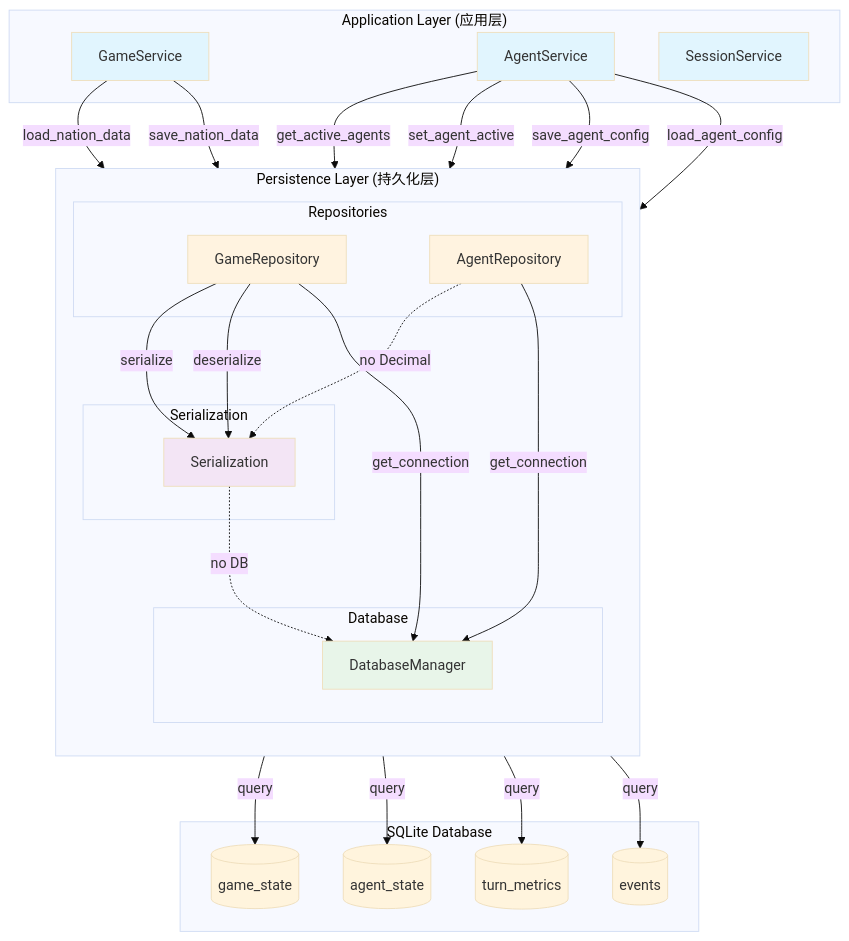
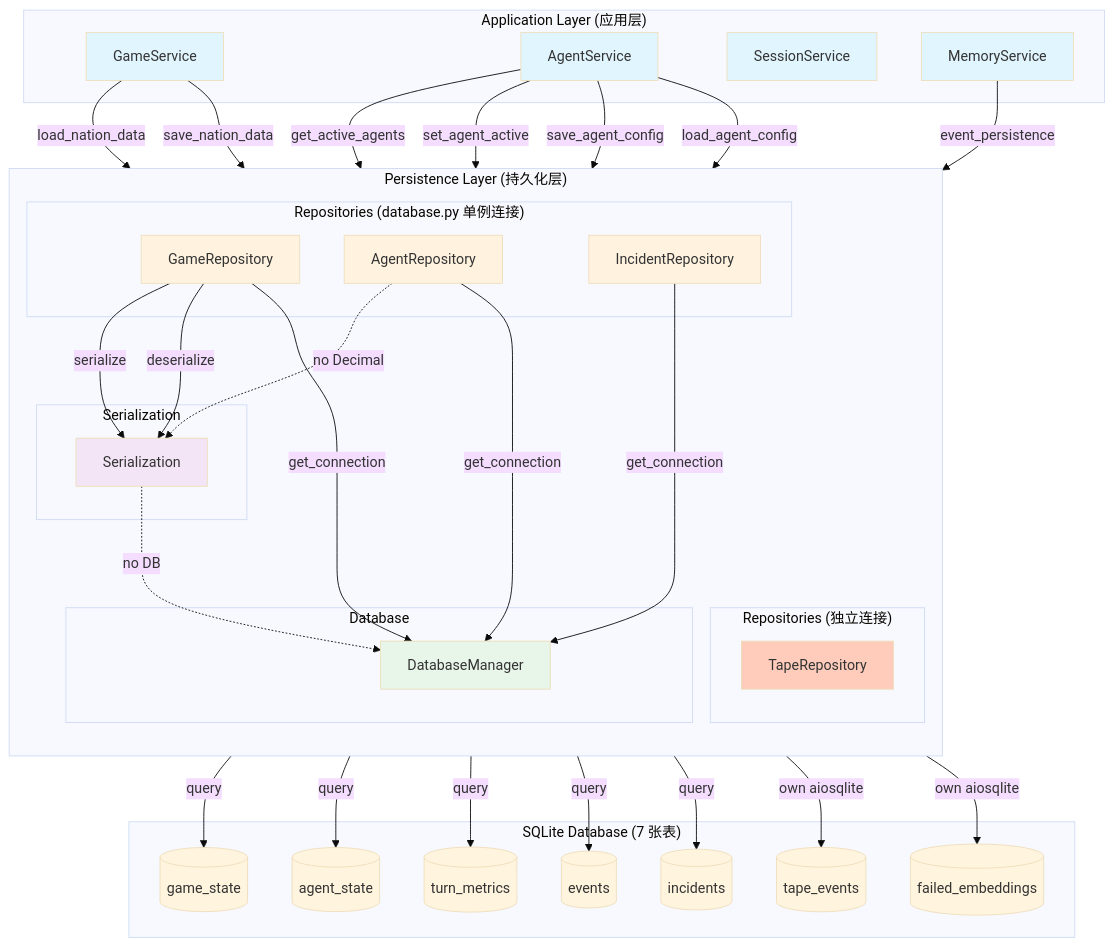
The first of 9 diagrams in src/simu_emperor/persistence/AGENTS.md (ykfnxx/simu-emperor), drawn with Mermaid (base theme) before and after one commit. The commit also changed other lines of this file and 5 other files, not shown here.

First line of the commit message:
docs(v4.2): update all AGENTS.md and CLAUDE.md for V4.2 architecture

````diff
--- a/src/simu_emperor/persistence/AGENTS.md
+++ b/src/simu_emperor/persistence/AGENTS.md
@@ -20,14 +20,20 @@
         GameService[GameService]
         AgentService[AgentService]
         SessionService[SessionService]
+        MemoryService[MemoryService]
     end
 
     subgraph "Persistence Layer (持久化层)"
         direction TB
 
-        subgraph "Repositories"
+        subgraph "Repositories (database.py 单例连接)"
             GameRepo[GameRepository]
             AgentRepo[AgentRepository]
+            IncidentRepo[IncidentRepository]
+        end
+
+        subgraph "Repositories (独立连接)"
+            TapeRepo[TapeRepository]
         end
 
         subgraph "Serialization"
@@ -39,11 +45,14 @@
         end
     end
 
-    subgraph "SQLite Database"
+    subgraph "SQLite Database (7 张表)"
         GameState[(game_state)]
         AgentState[(agent_state)]
         TurnMetrics[(turn_metrics)]
         Events[(events)]
+        Incidents[(incidents)]
+        TapeEvents[(tape_events)]
+        FailedEmbed[(failed_embeddings)]
     end
 
     %% Application to Persistence
@@ -53,28 +62,38 @@
     AgentService -->|set_agent_active| AgentRepo
     AgentService -->|save_agent_config| AgentRepo
     AgentService -->|load_agent_config| AgentRepo
+    MemoryService -->|event_persistence| TapeRepo
 
     %% Repository to Serialization
     GameRepo -->|serialize| Serial
     GameRepo -->|deserialize| Serial
     AgentRepo -.->|no Decimal| Serial
 
-    %% Repository to Database
+    %% Repository to Database (单例连接)
     GameRepo -->|get_connection| DBMgr
     AgentRepo -->|get_connection| DBMgr
+    IncidentRepo -->|get_connection| DBMgr
     Serial -.->|no DB| DBMgr
+
+    %% TapeRepository 独立连接
+    TapeRepo -->|own aiosqlite| TapeEvents
+    TapeRepo -->|own aiosqlite| FailedEmbed
 
     %% Database to Tables
     DBMgr -->|query| GameState
     DBMgr -->|query| AgentState
     DBMgr -->|query| TurnMetrics
     DBMgr -->|query| Events
+    DBMgr -->|query| Incidents
 
     style GameService fill:#e1f5fe
     style AgentService fill:#e1f5fe
     style SessionService fill:#e1f5fe
+    style MemoryService fill:#e1f5fe
     style GameRepo fill:#fff3e0
     style AgentRepo fill:#fff3e0
+    style IncidentRepo fill:#fff3e0
+    style TapeRepo fill:#ffccbc
     style Serial fill:#f3e5f5
     style DBMgr fill:#e8f5e9
 ```
````
